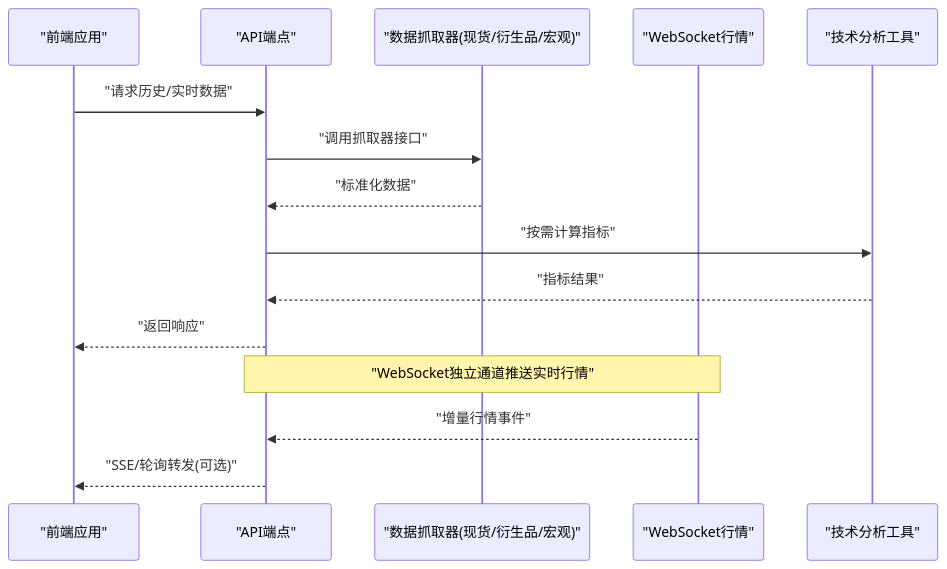
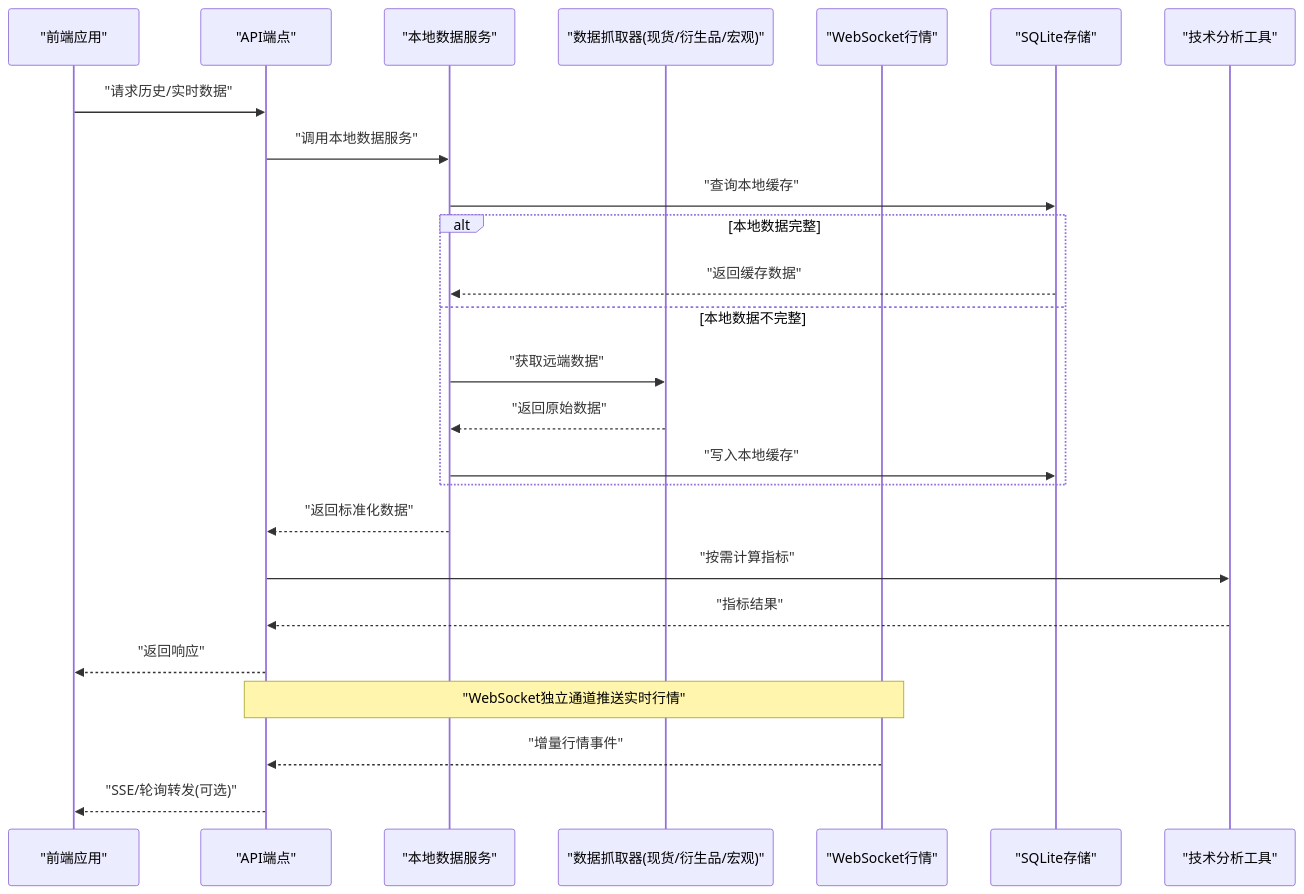
The second of 14 diagrams in .qoder/repowiki/zh/content/数据源集成/股票数据源/加密货币数据提供商.md (anYaoooo/daily_stock_analysis), drawn with Mermaid before and after one commit. The commit also changed other lines of this file and 16 other files, not shown here.

````diff
--- a/.qoder/repowiki/zh/content/数据源集成/股票数据源/加密货币数据提供商.md
+++ b/.qoder/repowiki/zh/content/数据源集成/股票数据源/加密货币数据提供商.md
@@ -128,17 +158,27 @@
 ```mermaid
 sequenceDiagram
 participant FE as "前端应用"
 participant API as "API端点"
+participant CMS as "本地数据服务"
 participant Fetcher as "数据抓取器(现货/衍生品/宏观)"
 participant WS as "WebSocket行情"
+participant DB as "SQLite存储"
 participant Tech as "技术分析工具"
 FE->>API : "请求历史/实时数据"
-API->>Fetcher : "调用抓取器接口"
-Fetcher-->>API : "标准化数据"
+API->>CMS : "调用本地数据服务"
+CMS->>DB : "查询本地缓存"
+alt 本地数据完整
+DB-->>CMS : "返回缓存数据"
+else 本地数据不完整
+CMS->>Fetcher : "获取远端数据"
+Fetcher-->>CMS : "返回原始数据"
+CMS->>DB : "写入本地缓存"
+end
+CMS-->>API : "返回标准化数据"
 API->>Tech : "按需计算指标"
 Tech-->>API : "指标结果"
 API-->>FE : "返回响应"
 Note over WS,API : "WebSocket独立通道推送实时行情"
 WS-->>API : "增量行情事件"
 API-->>FE : "SSE/轮询转发(可选)"
 ```
````
